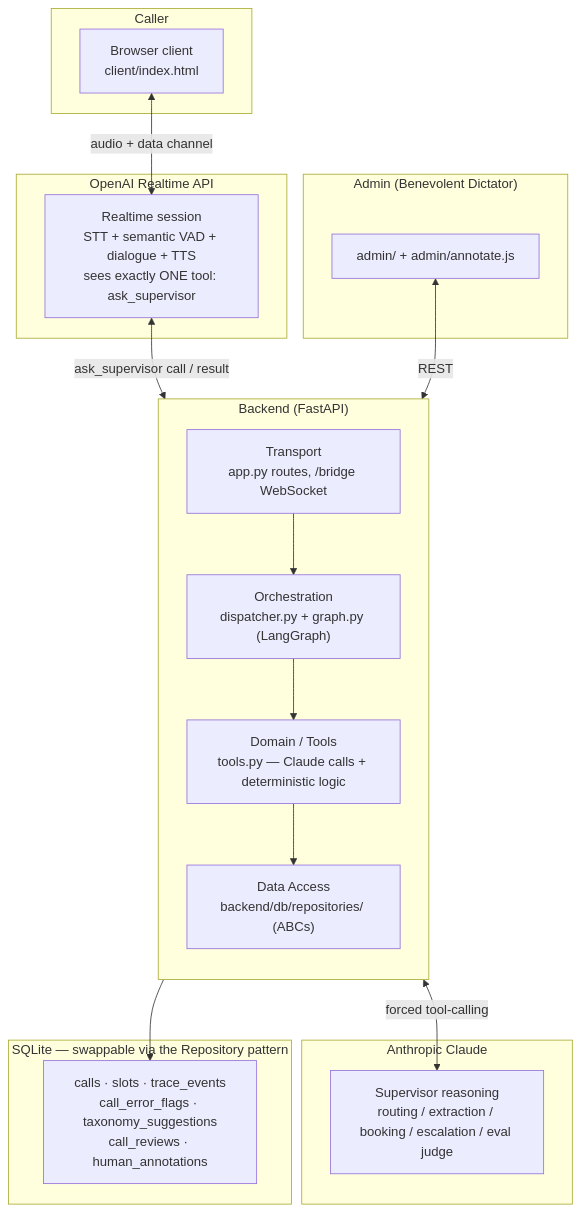
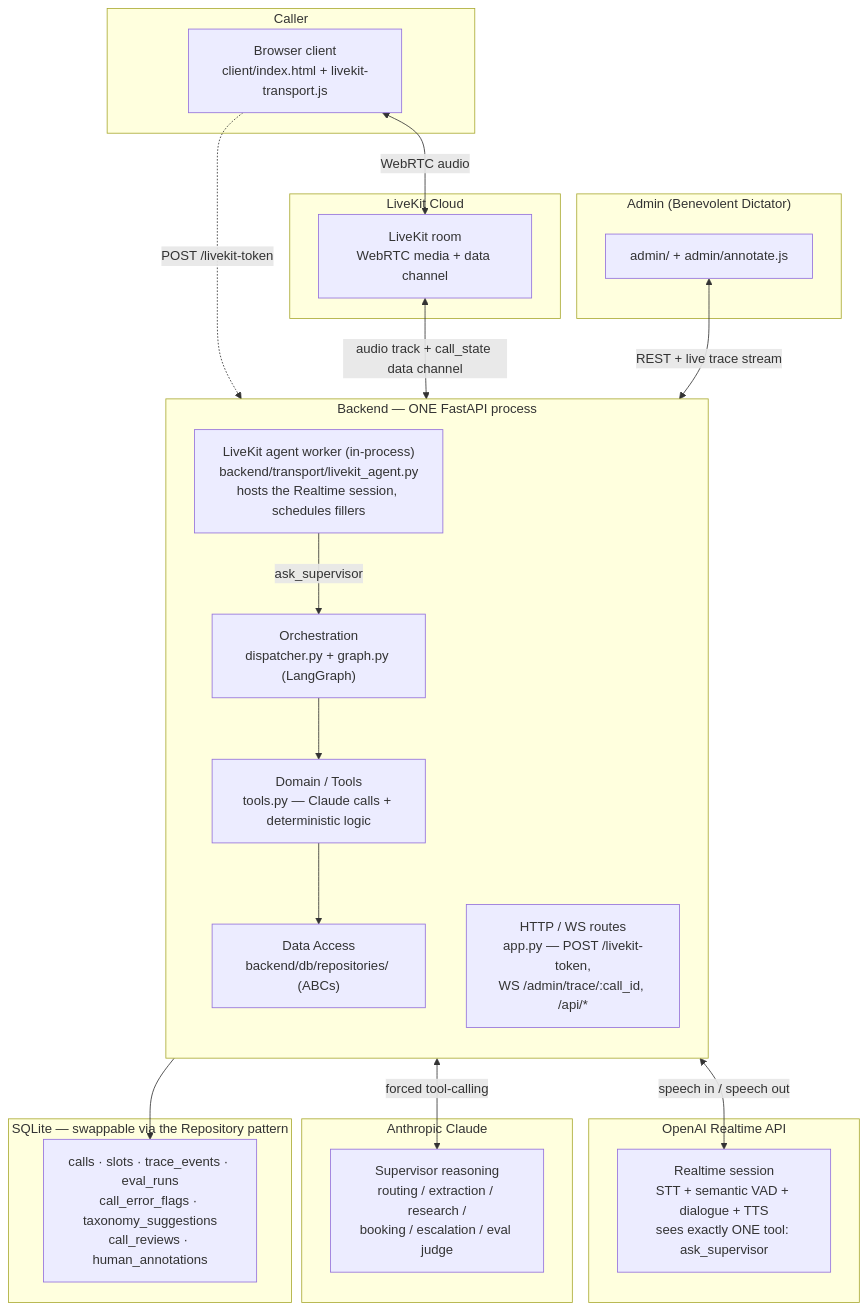
One commit to ManolisDia/Jupus changed the first of 3 diagrams in docs/diagrams.md. Above: the diagram before and after it, drawn with Mermaid. The commit also changed other lines of this file and 1 other file, not shown here.

First line of the commit message:
docs: correct the cost-per-call figure and retire the stale call-sequence diagram

````diff
--- a/docs/diagrams.md
+++ b/docs/diagrams.md
@@ -11,37 +13,45 @@
 ```mermaid
 flowchart TB
     subgraph Caller["Caller"]
-        Mic["Browser client<br/>client/index.html"]
+        Mic["Browser client<br/>client/index.html + livekit-transport.js"]
+    end
+
+    subgraph LK["LiveKit Cloud"]
+        Room["LiveKit room<br/>WebRTC media + data channel"]
+    end
+
+    subgraph Backend["Backend — ONE FastAPI process"]
+        direction TB
+        Worker["LiveKit agent worker (in-process)<br/>backend/transport/livekit_agent.py<br/>hosts the Realtime session, schedules fillers"]
+        Routes["HTTP / WS routes<br/>app.py — POST /livekit-token,<br/>WS /admin/trace/:call_id, /api/*"]
+        Orchestration["Orchestration<br/>dispatcher.py + graph.py (LangGraph)"]
+        Domain["Domain / Tools<br/>tools.py — Claude calls + deterministic logic"]
+        DataAccess["Data Access<br/>backend/db/repositories/ (ABCs)"]
+        Worker -->|ask_supervisor| Orchestration
+        Orchestration --> Domain --> DataAccess
     end
 
     subgraph Realtime["OpenAI Realtime API"]
         RT["Realtime session<br/>STT + semantic VAD + dialogue + TTS<br/>sees exactly ONE tool: ask_supervisor"]
     end
 
-    subgraph Backend["Backend (FastAPI)"]
-        direction TB
-        Transport["Transport<br/>app.py routes, /bridge WebSocket"]
-        Orchestration["Orchestration<br/>dispatcher.py + graph.py (LangGraph)"]
-        Domain["Domain / Tools<br/>tools.py — Claude calls + deterministic logic"]
-        DataAccess["Data Access<br/>backend/db/repositories/ (ABCs)"]
-        Transport --> Orchestration --> Domain --> DataAccess
-    end
-
     subgraph Claude["Anthropic Claude"]
-        LLM["Supervisor reasoning<br/>routing / extraction / booking / escalation / eval judge"]
+        LLM["Supervisor reasoning<br/>routing / extraction / research /<br/>booking / escalation / eval judge"]
     end
 
     subgraph Store["SQLite — swappable via the Repository pattern"]
-        Tables["calls · slots · trace_events<br/>call_error_flags · taxonomy_suggestions<br/>call_reviews · human_annotations"]
+        Tables["calls · slots · trace_events · eval_runs<br/>call_error_flags · taxonomy_suggestions<br/>call_reviews · human_annotations"]
     end
 
     subgraph AdminSide["Admin (Benevolent Dictator)"]
         AdminUI["admin/ + admin/annotate.js"]
     end
 
-    Mic <-->|audio + data channel| RT
-    RT <-->|ask_supervisor call / result| Transport
+    Mic <-->|WebRTC audio| Room
+    Mic -.->|POST /livekit-token| Routes
+    Room <-->|audio track + call_state data channel| Worker
+    Worker <-->|speech in / speech out| RT
     Domain <-->|forced tool-calling| LLM
     DataAccess --> Tables
-    AdminUI <-->|REST| Transport
+    AdminUI <-->|REST + live trace stream| Routes
 ```
````
